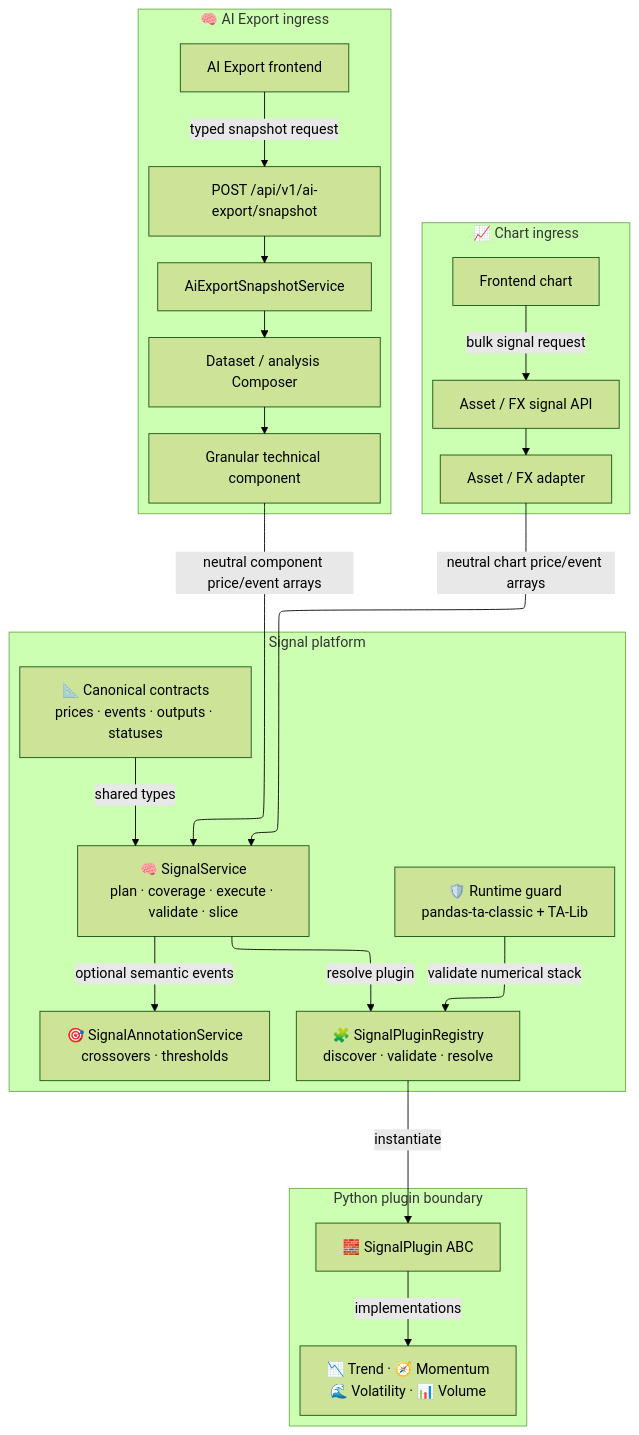
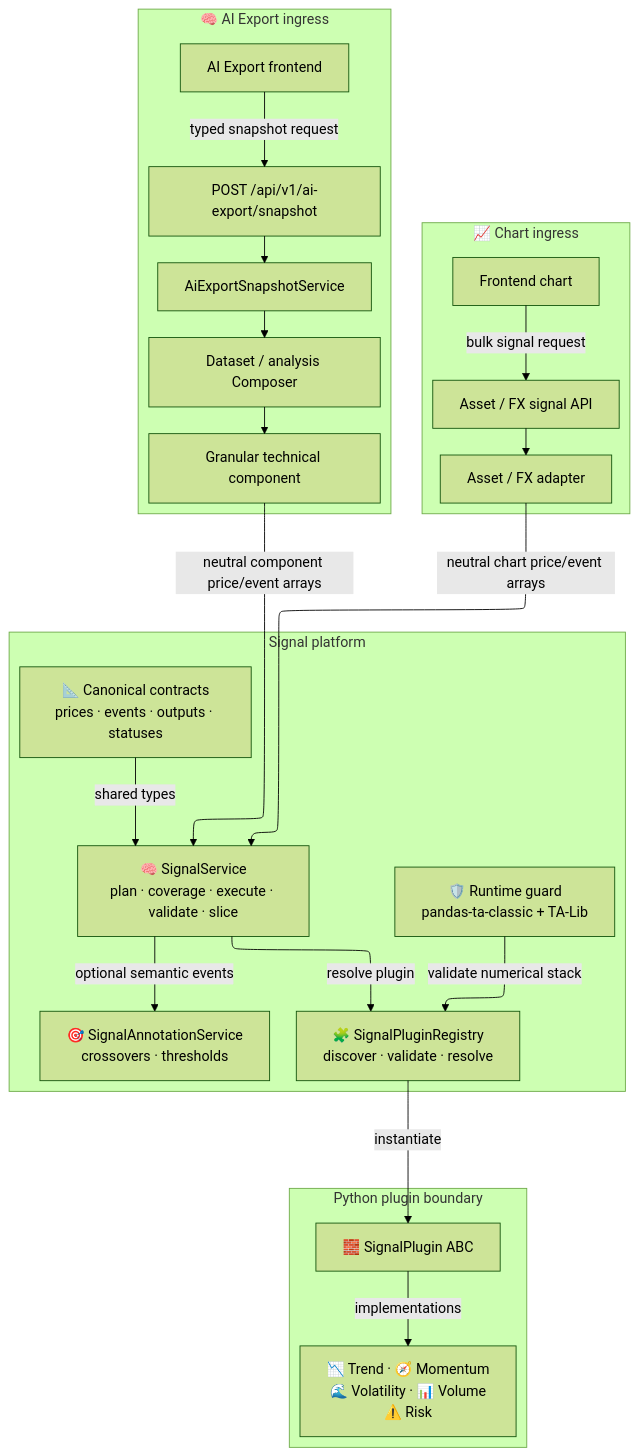
The first of 3 diagrams in mkdocs_src/docs/developer/architecture/patterns/signal_plugin_guide.md (Librefolio/LibreFolio), drawn with Mermaid (forest theme) before and after one commit. The commit also changed other lines of this file, not shown here.

````diff
--- a/mkdocs_src/docs/developer/architecture/patterns/signal_plugin_guide.md
+++ b/mkdocs_src/docs/developer/architecture/patterns/signal_plugin_guide.md
@@ -17,48 +17,48 @@
 ```mermaid
 ---
 config:
   layout: elk
 ---
 flowchart TB
     subgraph CHART["📈 Chart ingress"]
         CHART_UI["Frontend chart"]
         CHART_API["Asset / FX signal API"]
         CHART_ADAPTER["Asset / FX adapter"]
         CHART_UI -->|"bulk signal request"| CHART_API
         CHART_API --> CHART_ADAPTER
     end
 
     subgraph EXPORT["🧠 AI Export ingress"]
         EXPORT_UI["AI Export frontend"]
         SNAPSHOT_API["POST /api/v1/ai-export/snapshot"]
         SNAPSHOT_SERVICE["AiExportSnapshotService"]
         COMPOSER["Dataset / analysis Composer"]
         COMPONENT["Granular technical component"]
         EXPORT_UI -->|"typed snapshot request"| SNAPSHOT_API
         SNAPSHOT_API --> SNAPSHOT_SERVICE
         SNAPSHOT_SERVICE --> COMPOSER
         COMPOSER --> COMPONENT
     end
 
     subgraph PLATFORM["Signal platform"]
         CONTRACTS["📐 Canonical contracts<br/>prices · events · outputs · statuses"]
         SERVICE["🧠 SignalService<br/>plan · coverage · execute · validate · slice"]
         REGISTRY["🧩 SignalPluginRegistry<br/>discover · validate · resolve"]
         ANNOTATIONS["🎯 SignalAnnotationService<br/>crossovers · thresholds"]
         RUNTIME["🛡️ Runtime guard<br/>pandas-ta-classic + TA-Lib"]
     end
 
     subgraph PLUGINS["Python plugin boundary"]
         ABC["🧱 SignalPlugin ABC"]
-        FAMILIES["📉 Trend · 🧭 Momentum<br/>🌊 Volatility · 📊 Volume"]
+        FAMILIES["📉 Trend · 🧭 Momentum<br/>🌊 Volatility · 📊 Volume<br/>⚠️ Risk"]
     end
 
     CHART_ADAPTER -->|"neutral chart price/event arrays"| SERVICE
     COMPONENT -->|"neutral component price/event arrays"| SERVICE
     CONTRACTS -->|"shared types"| SERVICE
     SERVICE -->|"resolve plugin"| REGISTRY
     SERVICE -->|"optional semantic events"| ANNOTATIONS
     RUNTIME -->|"validate numerical stack"| REGISTRY
     REGISTRY -->|"instantiate"| ABC
     ABC -->|"implementations"| FAMILIES
 ```
````
